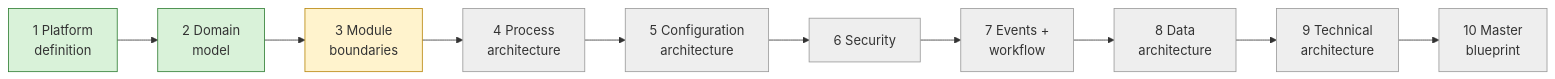
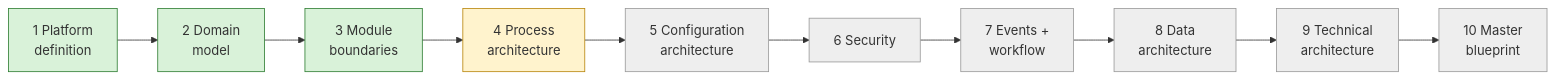
One commit to adityayadav30561-rgb/MASTER-ERP changed the diagram in docs/00-context/CURRENT-STATE.md. Above: the diagram before and after it, drawn with Mermaid. The commit also changed other lines of this file and 25 other files, not shown here.

First line of the commit message:
Accept Step 3; add Step 4 process architecture (hypothesis)

````diff
--- a/docs/00-context/CURRENT-STATE.md
+++ b/docs/00-context/CURRENT-STATE.md
@@ -11,8 +11,8 @@
 ```mermaid
 flowchart LR
-    S1["1 Platform<br/>definition"]:::done --> S2["2 Domain<br/>model"]:::done --> S3["3 Module<br/>boundaries"]:::review --> S4["4 Process<br/>architecture"]:::todo --> S5["5 Configuration<br/>architecture"]:::todo
+    S1["1 Platform<br/>definition"]:::done --> S2["2 Domain<br/>model"]:::done --> S3["3 Module<br/>boundaries"]:::done --> S4["4 Process<br/>architecture"]:::review --> S5["5 Configuration<br/>architecture"]:::todo
     S5 --> S6["6 Security"]:::todo --> S7["7 Events +<br/>workflow"]:::todo --> S8["8 Data<br/>architecture"]:::todo --> S9["9 Technical<br/>architecture"]:::todo --> S10["10 Master<br/>blueprint"]:::todo
     classDef done fill:#d9f2d9,stroke:#2e7d32
     classDef review fill:#fff3cd,stroke:#b8860b
     classDef todo fill:#eeeeee,stroke:#999999
 ```
````
